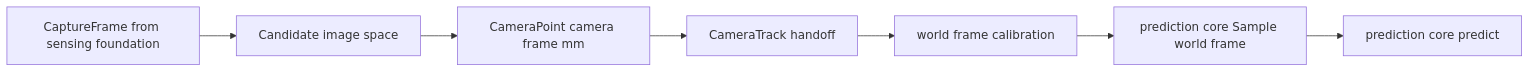
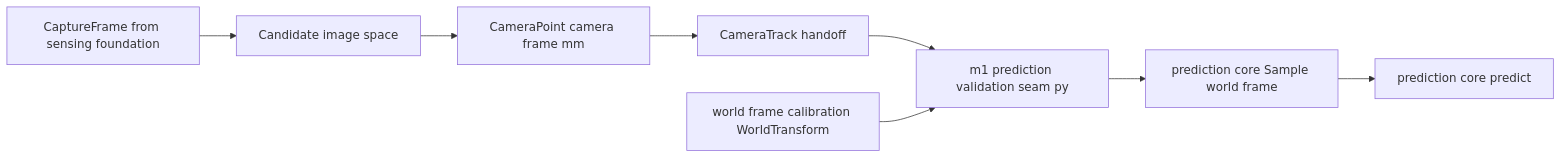
Before and after one commit to f18c052f/smart-trashbox-tribute: the sixth of 6 diagrams in .kiro/specs/flying-object-tracking/design.md, drawn with Mermaid. The commit also changed other lines of this file and 7 other files, not shown here.

````diff
--- a/.kiro/specs/flying-object-tracking/design.md
+++ b/.kiro/specs/flying-object-tracking/design.md
@@ -1259,9 +1340,10 @@
 ```mermaid
 graph LR
     Frame[CaptureFrame from sensing foundation] --> Cand[Candidate image space]
     Cand --> Pt[CameraPoint camera frame mm]
     Pt --> Trk[CameraTrack handoff]
-    Trk --> Cal[world frame calibration]
-    Cal --> Smp[prediction core Sample world frame]
+    Trk --> Seam[m1 prediction validation seam py]
+    Cal[world frame calibration WorldTransform] --> Seam
+    Seam --> Smp[prediction core Sample world frame]
     Smp --> Pred[prediction core predict]
 ```
````
